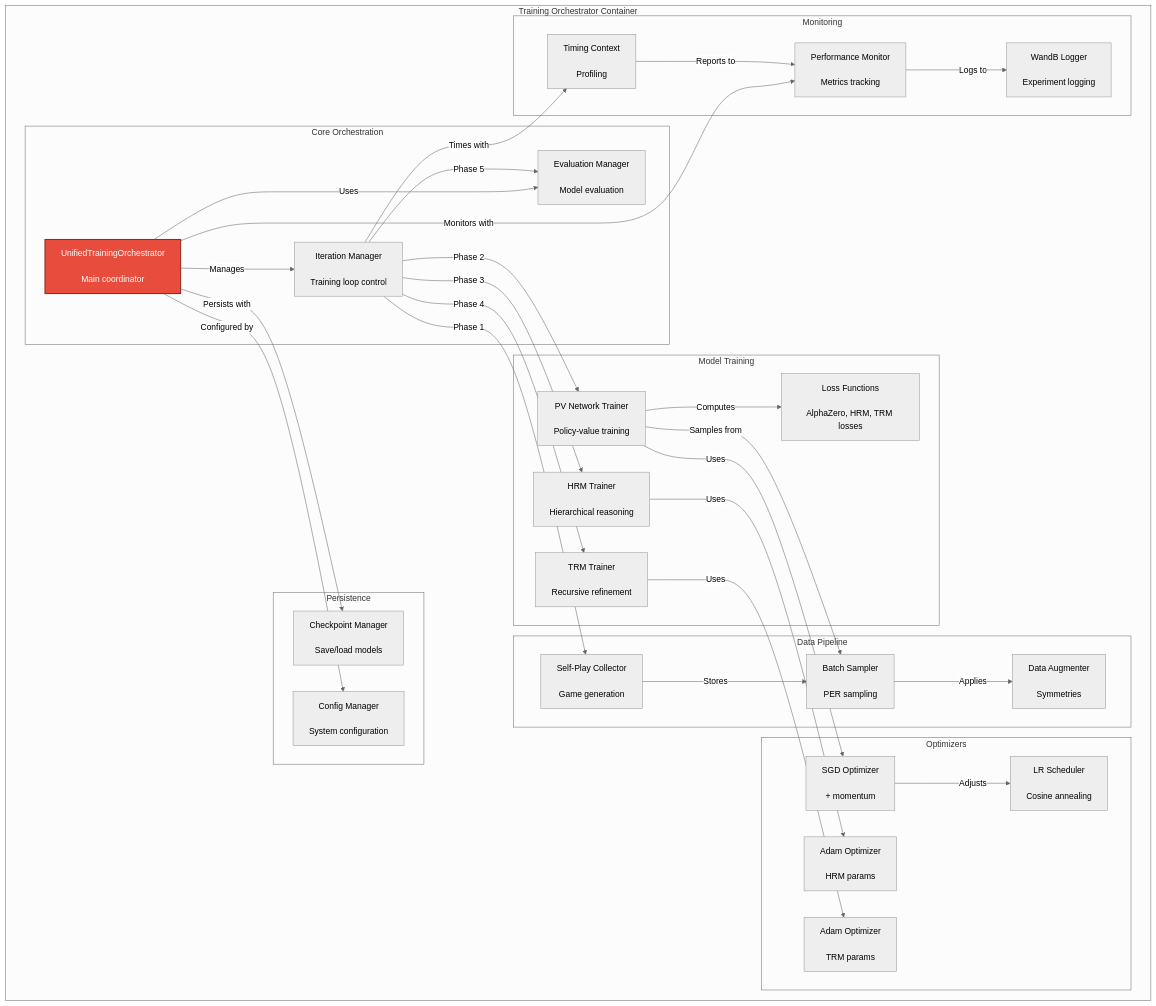
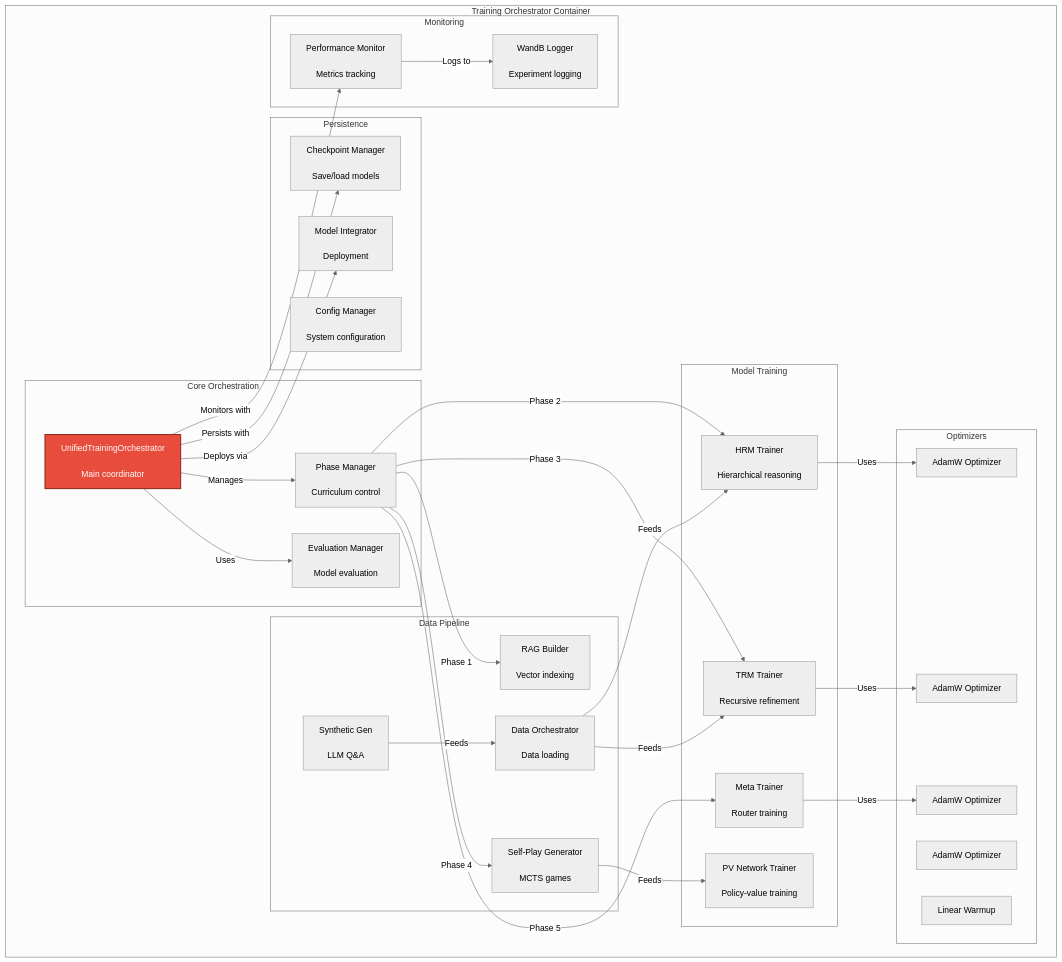
The third of 5 diagrams in docs/C4_ARCHITECTURE.md (ianshank/langgraph_multi_agent_mcts), drawn with Mermaid (neutral theme) before and after one commit. The commit also changed other lines of this file and 11 other files, not shown here.

Commit message:
feat: production training pipeline with docker, synthetic data, and robust integration tests

````diff
--- a/docs/C4_ARCHITECTURE.md
+++ b/docs/C4_ARCHITECTURE.md
@@ -184,72 +186,69 @@
 ```mermaid
 graph TB
     subgraph "Training Orchestrator Container"
         subgraph "Core Orchestration"
             OrcMain[UnifiedTrainingOrchestrator<br/><br/>Main coordinator]
-            IterMgr[Iteration Manager<br/><br/>Training loop control]
+            PhaseMgr[Phase Manager<br/><br/>Curriculum control]
             EvalMgr[Evaluation Manager<br/><br/>Model evaluation]
         end
 
         subgraph "Model Training"
             PVTrainer[PV Network Trainer<br/><br/>Policy-value training]
             HRMTrainer[HRM Trainer<br/><br/>Hierarchical reasoning]
             TRMTrainer[TRM Trainer<br/><br/>Recursive refinement]
-            LossCompute[Loss Functions<br/><br/>AlphaZero, HRM, TRM losses]
+            MetaTrainer[Meta Trainer<br/><br/>Router training]
         end
 
         subgraph "Optimizers"
-            PVOptim[SGD Optimizer<br/><br/>+ momentum]
-            HRMOptim[Adam Optimizer<br/><br/>HRM params]
-            TRMOptim[Adam Optimizer<br/><br/>TRM params]
-            LRScheduler[LR Scheduler<br/><br/>Cosine annealing]
+            PVOptim[AdamW Optimizer]
+            HRMOptim[AdamW Optimizer]
+            TRMOptim[AdamW Optimizer]
+            MetaOptim[AdamW Optimizer]
+            LRScheduler[Linear Warmup]
         end
 
         subgraph "Data Pipeline"
-            SelfPlayCollector[Self-Play Collector<br/><br/>Game generation]
-            DataSampler[Batch Sampler<br/><br/>PER sampling]
-            Augmenter[Data Augmenter<br/><br/>Symmetries]
+            DataOrch[Data Orchestrator<br/><br/>Data loading]
+            SelfPlay[Self-Play Generator<br/><br/>MCTS games]
+            SyntheticGen[Synthetic Gen<br/><br/>LLM Q&A]
+            RAGBuilder[RAG Builder<br/><br/>Vector indexing]
         end
 
         subgraph "Persistence"
             CheckpointMgr[Checkpoint Manager<br/><br/>Save/load models]
             ConfigMgr[Config Manager<br/><br/>System configuration]
+            ModelIntegrator[Model Integrator<br/><br/>Deployment]
         end
 
         subgraph "Monitoring"
             PerfMon[Performance Monitor<br/><br/>Metrics tracking]
             WandBLogger[WandB Logger<br/><br/>Experiment logging]
-            TimingCtx[Timing Context<br/><br/>Profiling]
         end
     end
 
-    OrcMain -->|Manages| IterMgr
+    OrcMain -->|Manages| PhaseMgr
     OrcMain -->|Uses| EvalMgr
 
-    IterMgr -->|Phase 1| SelfPlayCollector
-    IterMgr -->|Phase 2| PVTrainer
-    IterMgr -->|Phase 3| HRMTrainer
-    IterMgr -->|Phase 4| TRMTrainer
-    IterMgr -->|Phase 5| EvalMgr
+    PhaseMgr -->|Phase 1| RAGBuilder
+    PhaseMgr -->|Phase 2| HRMTrainer
+    PhaseMgr -->|Phase 3| TRMTrainer
+    PhaseMgr -->|Phase 4| SelfPlay
+    PhaseMgr -->|Phase 5| MetaTrainer
 
-    SelfPlayCollector -->|Stores| DataSampler
-    DataSampler -->|Applies| Augmenter
-
-    PVTrainer -->|Uses| PVOptim
-    PVTrainer -->|Computes| LossCompute
-    PVTrainer -->|Samples from| DataSampler
+    SelfPlay -->|Feeds| PVTrainer
+    DataOrch -->|Feeds| HRMTrainer
+    DataOrch -->|Feeds| TRMTrainer
+    SyntheticGen -->|Feeds| DataOrch
 
     HRMTrainer -->|Uses| HRMOptim
     TRMTrainer -->|Uses| TRMOptim
-
-    PVOptim -->|Adjusts| LRScheduler
+    MetaTrainer -->|Uses| MetaOptim
 
     OrcMain -->|Persists with| CheckpointMgr
-    OrcMain -->|Configured by| ConfigMgr
-
+    OrcMain -->|Deploys via| ModelIntegrator
+    
     OrcMain -->|Monitors with| PerfMon
     PerfMon -->|Logs to| WandBLogger
-    IterMgr -->|Times with| TimingCtx
-    TimingCtx -->|Reports to| PerfMon
 
     style OrcMain fill:#E74C3C,stroke:#922B21,stroke-width:2px,color:#fff
 ```
````
